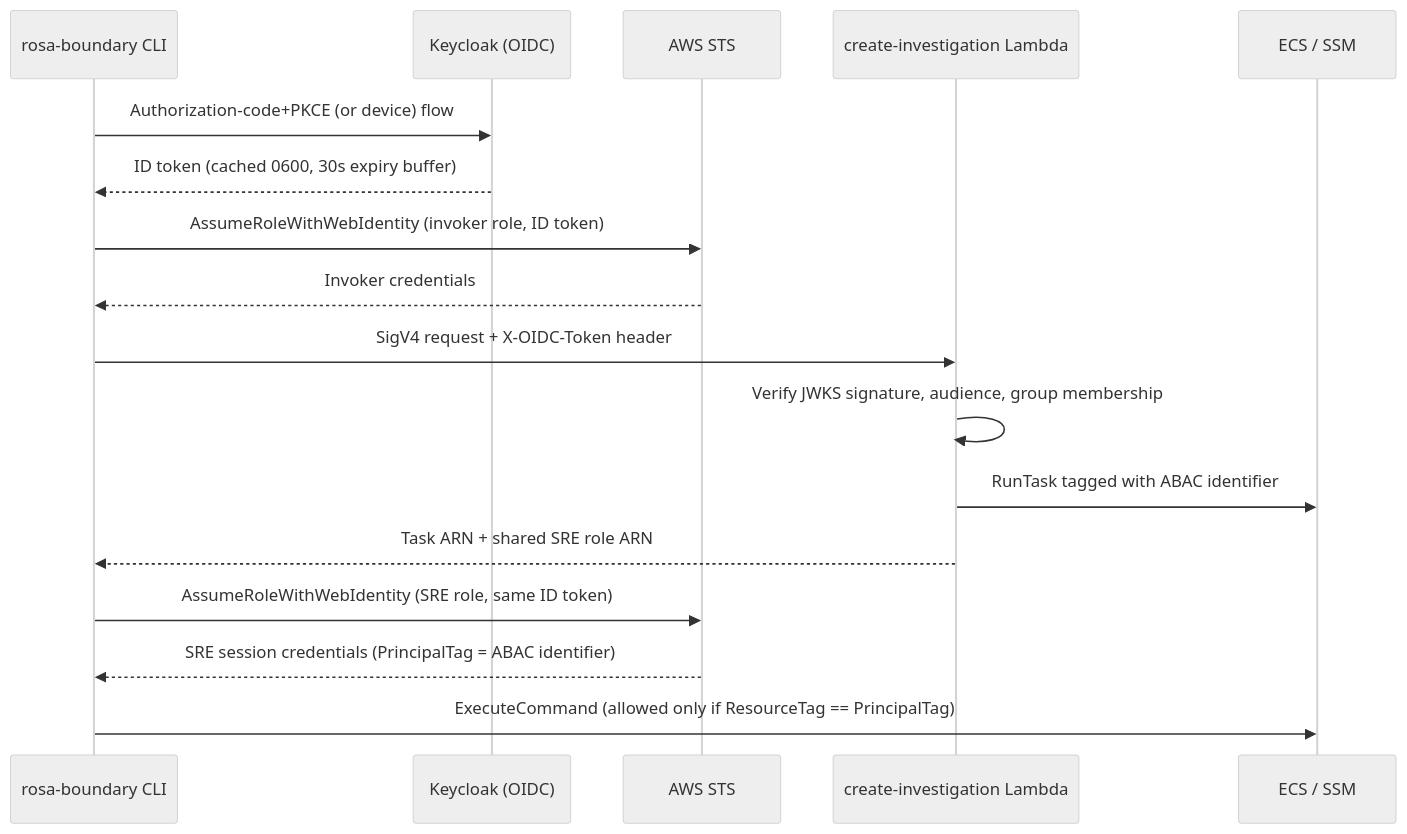
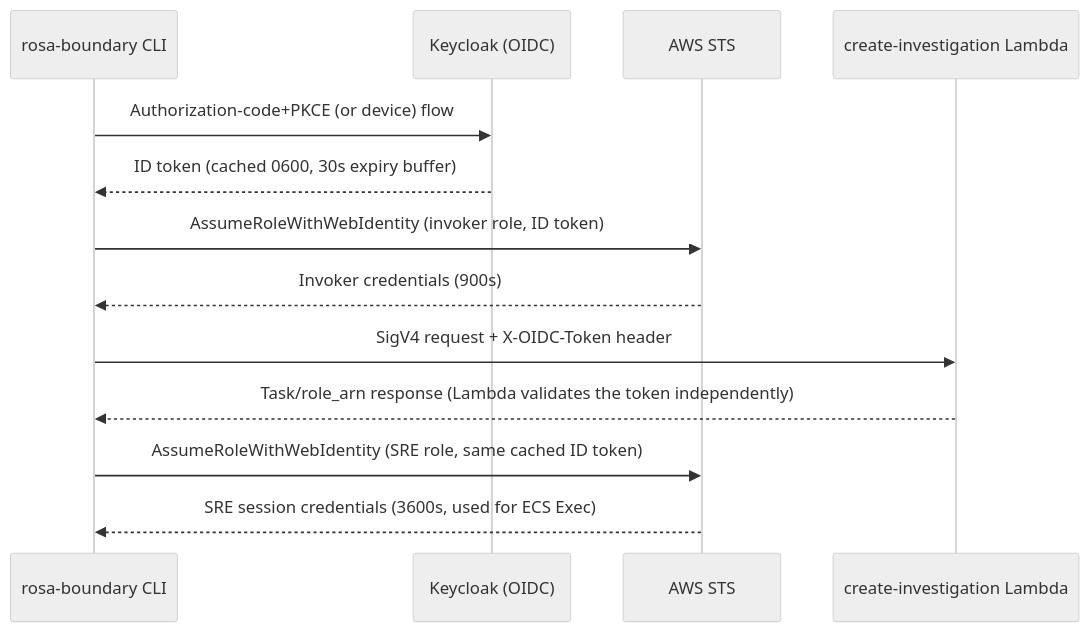
One commit to openshift-online/rosa-boundary changed the diagram in openwiki/architecture/identity-and-access.md. Above: the diagram before and after it, drawn with Mermaid (neutral theme). The commit also changed other lines of this file and 35 other files, not shown here.

````diff
--- a/openwiki/architecture/identity-and-access.md
+++ b/openwiki/architecture/identity-and-access.md
@@ -102,20 +94,16 @@
 ```mermaid
 sequenceDiagram
     participant CLI as rosa-boundary CLI
     participant KC as Keycloak (OIDC)
     participant STS as AWS STS
     participant Lambda as create-investigation Lambda
-    participant ECS as ECS / SSM
 
     CLI->>KC: Authorization-code+PKCE (or device) flow
     KC-->>CLI: ID token (cached 0600, 30s expiry buffer)
     CLI->>STS: AssumeRoleWithWebIdentity (invoker role, ID token)
-    STS-->>CLI: Invoker credentials
+    STS-->>CLI: Invoker credentials (900s)
     CLI->>Lambda: SigV4 request + X-OIDC-Token header
-    Lambda->>Lambda: Verify JWKS signature, audience, group membership
-    Lambda->>ECS: RunTask tagged with ABAC identifier
-    Lambda-->>CLI: Task ARN + shared SRE role ARN
-    CLI->>STS: AssumeRoleWithWebIdentity (SRE role, same ID token)
-    STS-->>CLI: SRE session credentials (PrincipalTag = ABAC identifier)
-    CLI->>ECS: ExecuteCommand (allowed only if ResourceTag == PrincipalTag)
+    Lambda-->>CLI: Task/role_arn response (Lambda validates the token independently)
+    CLI->>STS: AssumeRoleWithWebIdentity (SRE role, same cached ID token)
+    STS-->>CLI: SRE session credentials (3600s, used for ECS Exec)
 ```
````
